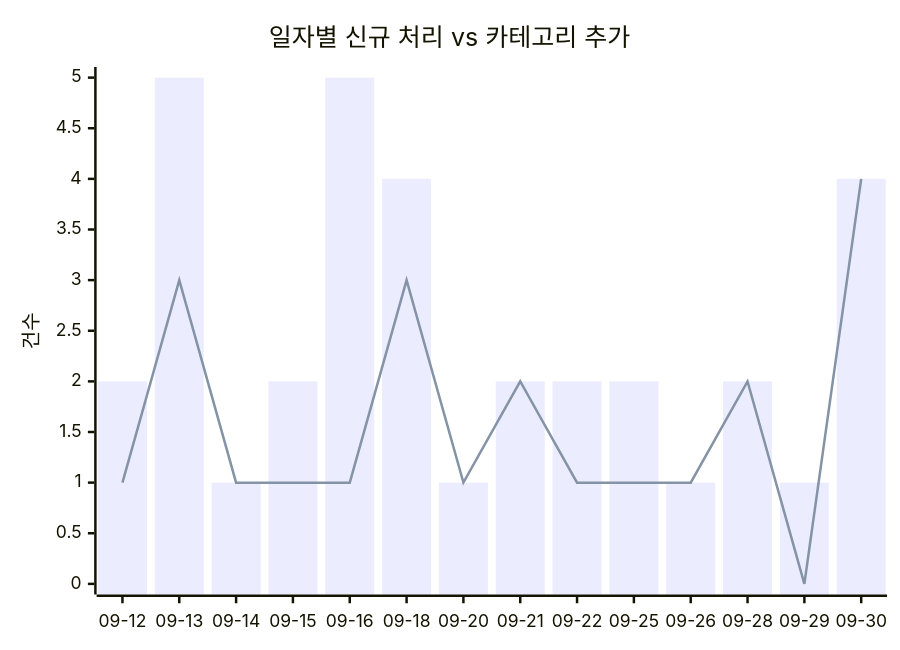
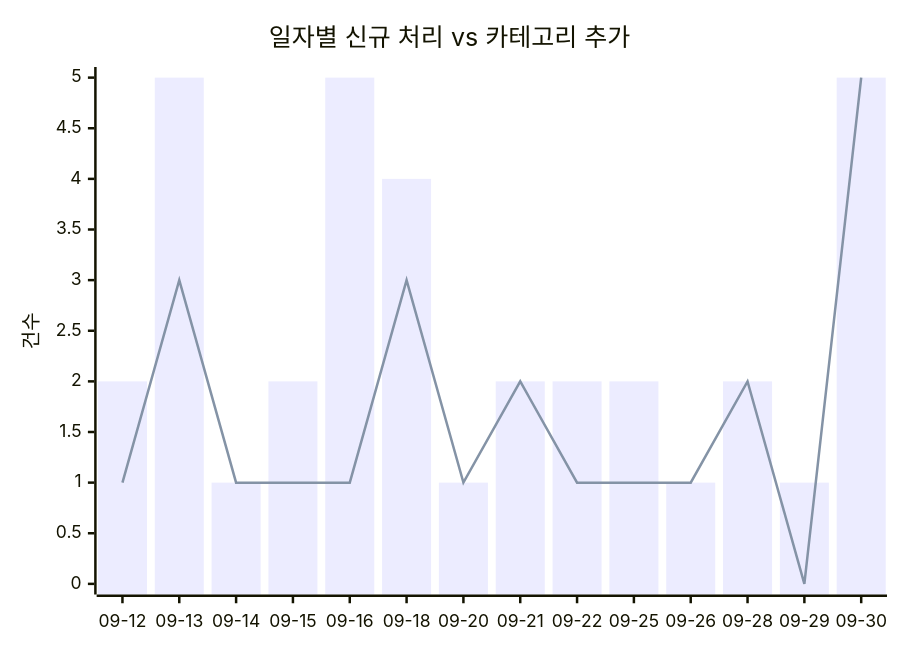
The first of 2 diagrams in docs/trends.md (J-nowcow/awesome-korean-agent-skills), drawn with Mermaid before and after one commit. The commit also changed other lines of this file and 4 other files, not shown here.

````diff
--- a/docs/trends.md
+++ b/docs/trends.md
@@ -32,8 +32,8 @@
 ```mermaid
 xychart-beta
     title "일자별 신규 처리 vs 카테고리 추가"
     x-axis ["09-12","09-13","09-14","09-15","09-16","09-18","09-20","09-21","09-22","09-25","09-26","09-28","09-29","09-30"]
     y-axis "건수"
-    bar [2,5,1,2,5,4,1,2,2,2,1,2,1,4]
-    line [1,3,1,1,1,3,1,2,1,1,1,2,0,4]
+    bar [2,5,1,2,5,4,1,2,2,2,1,2,1,5]
+    line [1,3,1,1,1,3,1,2,1,1,1,2,0,5]
 ```
````
